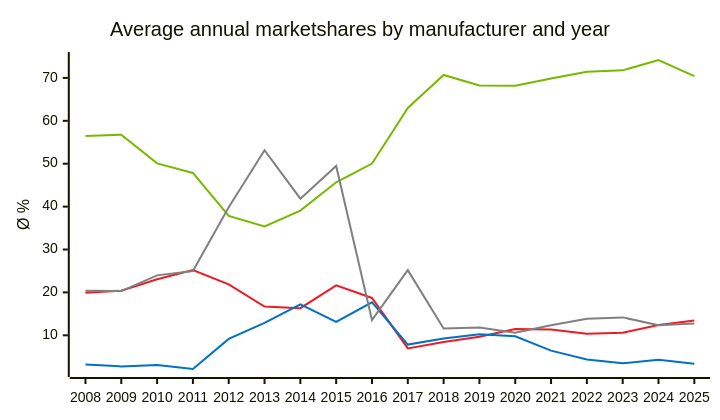
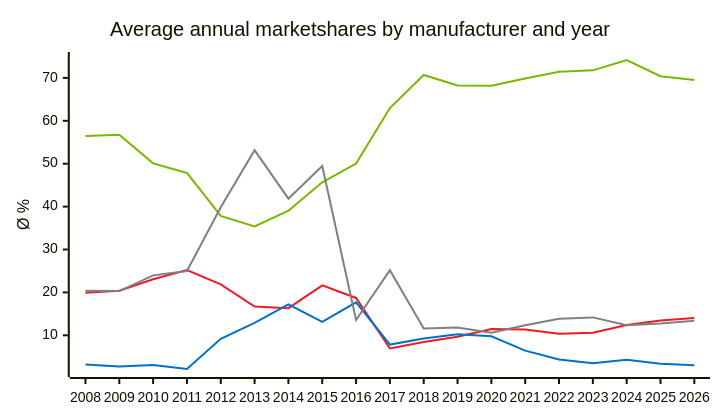
The first of 31 diagrams in README.md (jdegene/steamHWsurvey), drawn with Mermaid before and after one commit. The commit also changed other lines of this file and 3 other files, not shown here.

````diff
--- a/README.md
+++ b/README.md
@@ -63,22 +63,22 @@
 ```mermaid
 ---
 config:
     xyChart:
         width: 700
         height: 400
         
     themeVariables:
         xyChart:
             plotColorPalette: "#76b900,#ED1C24,#0071C5,#808080"
 
 --- 
 
 xychart-beta
     title "Average annual marketshares by manufacturer and year"
-    x-axis [2008, 2009, 2010, 2011, 2012, 2013, 2014, 2015, 2016, 2017, 2018, 2019, 2020, 2021, 2022, 2023, 2024, 2025]
+    x-axis [2008, 2009, 2010, 2011, 2012, 2013, 2014, 2015, 2016, 2017, 2018, 2019, 2020, 2021, 2022, 2023, 2024, 2025, 2026]
     y-axis "Ø %" 
-    line [56.48, 56.763333333333335, 50.07625, 47.84571428571429, 37.81375, 35.39000000000001, 39.059, 45.67400000000001, 50.03636363636363, 62.983999999999995, 70.6925, 68.25333333333333, 68.15416666666665, 69.88333333333333, 71.41666666666667, 71.76, 74.17666666666666, 70.40416666666665]
-    line [19.93, 20.3875, 23.07, 25.19, 21.881249999999998, 16.706666666666667, 16.323999999999998, 21.631999999999998, 18.71, 6.939999999999999, 8.461666666666668, 9.675833333333333, 11.463333333333333, 11.3575, 10.354999999999999, 10.59, 12.410833333333333, 13.462499999999999]
-    line [3.2, 2.75, 3.09625, 2.145714285714286, 9.1675, 12.888333333333332, 17.224999999999998, 13.13, 17.69909090909091, 7.8375, 9.230833333333333, 10.240833333333333, 9.756666666666668, 6.418333333333333, 4.340833333333333, 3.480833333333334, 4.300000000000001, 3.3874999999999997]
-    line [20.39, 20.301666666666666, 23.971249999999998, 24.98, 39.86875, 53.145714285714284, 41.85272727272727, 49.48444444444444, 13.566363636363635, 25.19, 11.603333333333333, 11.834999999999999, 10.618333333333334, 12.334166666666667, 13.880833333333333, 14.175833333333335, 12.324166666666668, 12.7325]
+    line [56.48, 56.763333333333335, 50.07625, 47.84571428571429, 37.81375, 35.39000000000001, 39.059, 45.67400000000001, 50.03636363636363, 62.983999999999995, 70.6925, 68.25333333333333, 68.15416666666665, 69.88333333333333, 71.41666666666667, 71.76, 74.17666666666666, 70.40416666666665, 69.53]
+    line [19.93, 20.3875, 23.07, 25.19, 21.881249999999998, 16.706666666666667, 16.323999999999998, 21.631999999999998, 18.71, 6.939999999999999, 8.461666666666668, 9.675833333333333, 11.463333333333333, 11.3575, 10.354999999999999, 10.59, 12.410833333333333, 13.462499999999999, 14.01]
+    line [3.2, 2.75, 3.09625, 2.145714285714286, 9.1675, 12.888333333333332, 17.224999999999998, 13.13, 17.69909090909091, 7.8375, 9.230833333333333, 10.240833333333333, 9.756666666666668, 6.418333333333333, 4.340833333333333, 3.480833333333334, 4.300000000000001, 3.3874999999999997, 3.04]
+    line [20.39, 20.301666666666666, 23.971249999999998, 24.98, 39.86875, 53.145714285714284, 41.85272727272727, 49.48444444444444, 13.566363636363635, 25.19, 11.603333333333333, 11.834999999999999, 10.618333333333334, 12.334166666666667, 13.880833333333333, 14.175833333333335, 12.324166666666668, 12.7325, 13.389999999999999]
 ``` 
````
